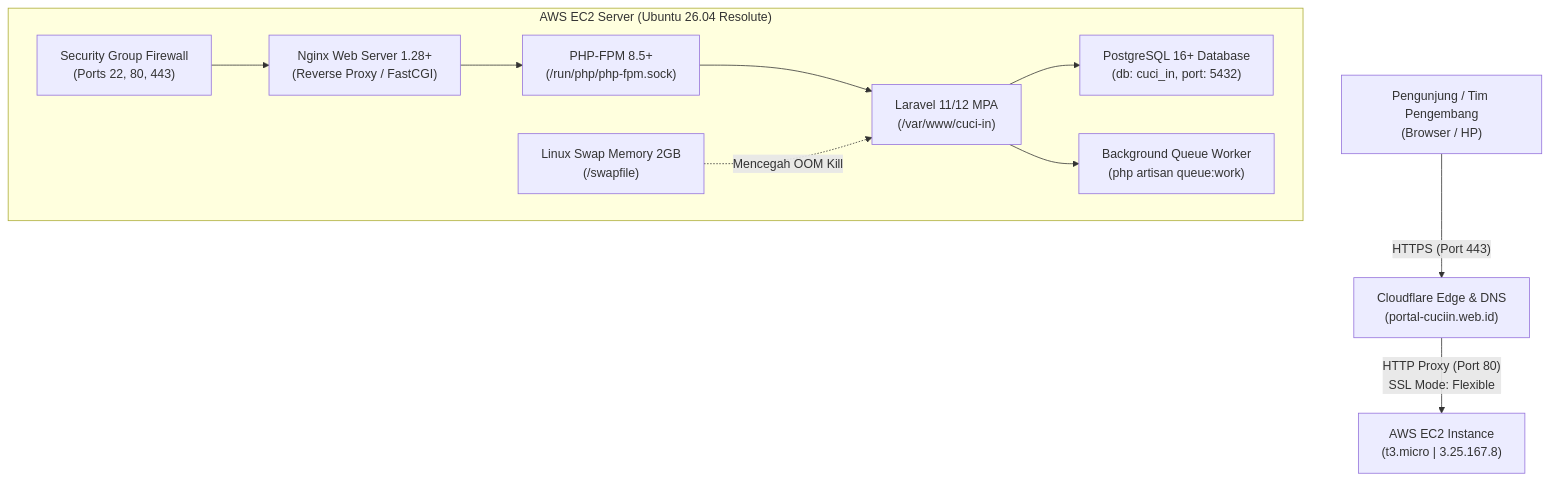
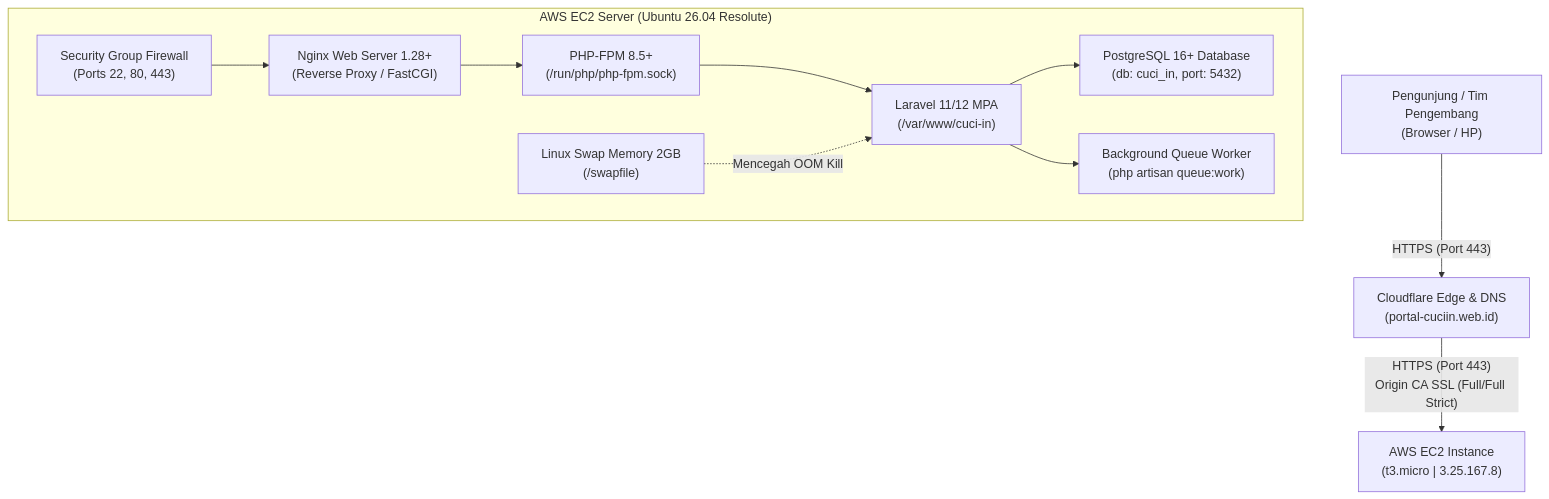
The first of 2 diagrams in docs/sistem.md (Maulanahb/CUCI.IN), drawn with Mermaid before and after one commit. The commit also changed other lines of this file and 1 other file, not shown here.

Commit message:
docs(infra): sync SSL Full/Strict, Origin CA Nginx, and EC2 firewall notes

````diff
--- a/docs/sistem.md
+++ b/docs/sistem.md
@@ -9,22 +9,22 @@
 ```mermaid
 flowchart TD
     User["Pengunjung / Tim Pengembang<br>(Browser / HP)"] -->|"HTTPS (Port 443)"| CF["Cloudflare Edge & DNS<br>(portal-cuciin.web.id)"]
-    CF -->|"HTTP Proxy (Port 80)<br>SSL Mode: Flexible"| AWS["AWS EC2 Instance<br>(t3.micro | 3.25.167.8)"]
+    CF -->|"HTTPS (Port 443)<br>Origin CA SSL (Full/Full Strict)"| AWS["AWS EC2 Instance<br>(t3.micro | 3.25.167.8)"]
     
     subgraph AWS_EC2 ["AWS EC2 Server (Ubuntu 26.04 Resolute)"]
         SG["Security Group Firewall<br>(Ports 22, 80, 443)"]
         Nginx["Nginx Web Server 1.28+<br>(Reverse Proxy / FastCGI)"]
         PHP["PHP-FPM 8.5+<br>(/run/php/php-fpm.sock)"]
         Laravel["Laravel 11/12 MPA<br>(/var/www/cuci-in)"]
         Postgres["PostgreSQL 16+ Database<br>(db: cuci_in, port: 5432)"]
         Queue["Background Queue Worker<br>(php artisan queue:work)"]
         Swap["Linux Swap Memory 2GB<br>(/swapfile)"]
 
         SG --> Nginx
         Nginx --> PHP
         PHP --> Laravel
         Laravel --> Postgres
         Laravel --> Queue
         Swap -.->|"Mencegah OOM Kill"| Laravel
     end
 ```
````
